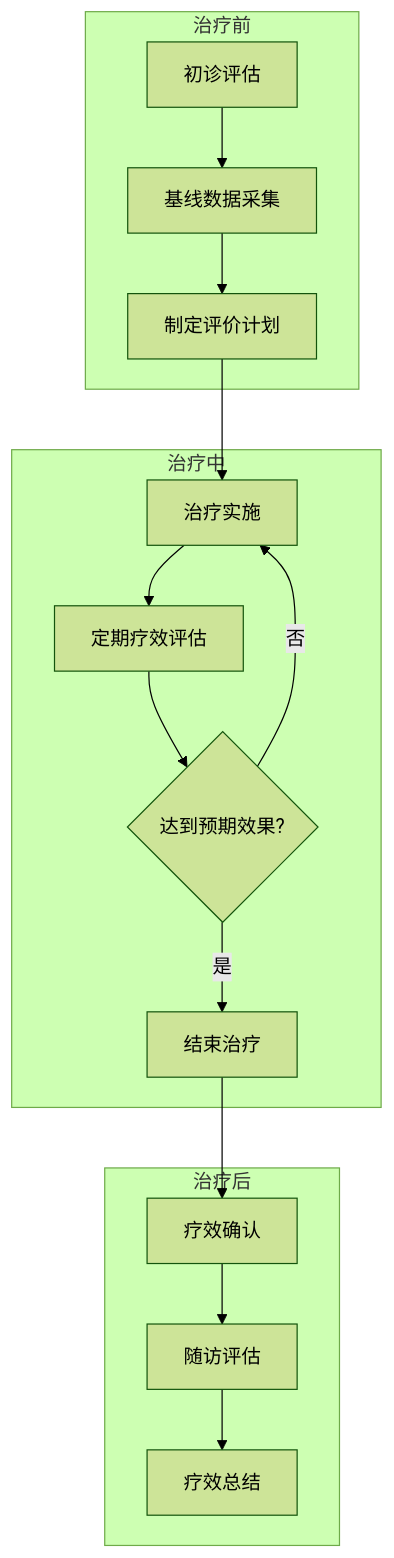
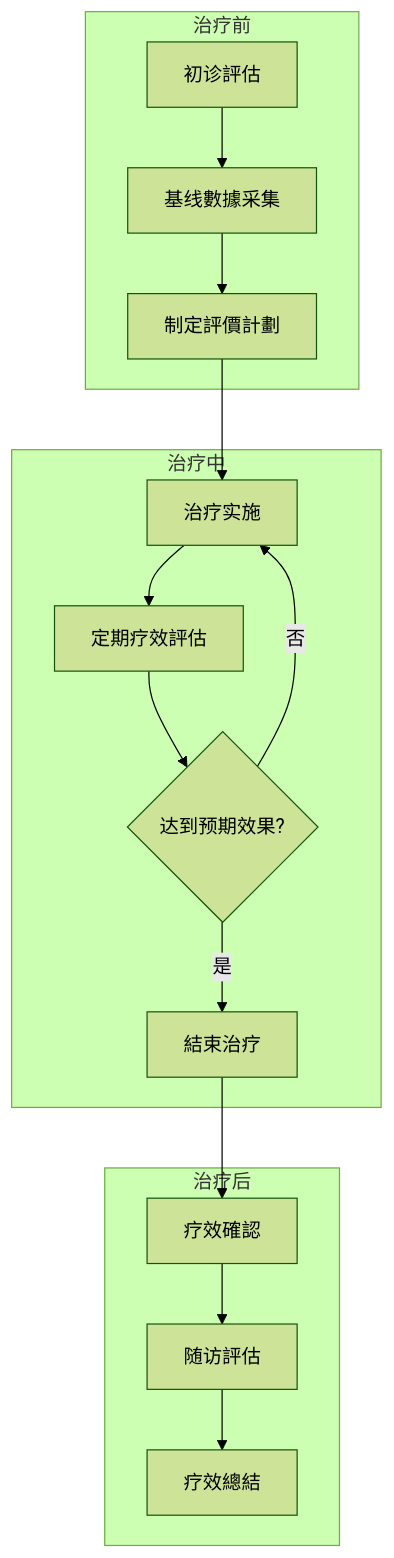
The fifth of 5 diagrams in 3 Resources/01-Tech/🏥 专业知识/耳穴知识库/04_临床应用/疗效评价标准.md (kmjade/knowledge-value), drawn with Mermaid (forest theme) before and after one commit. The commit also changed other lines of this file and 653 other files, not shown here.

````diff
--- a/3 Resources/01-Tech/🏥 专业知识/耳穴知识库/04_临床应用/疗效评价标准.md
+++ b/3 Resources/01-Tech/🏥 专业知识/耳穴知识库/04_临床应用/疗效评价标准.md
@@ -384,21 +384,21 @@
 ```mermaid
 graph TD
     subgraph 治疗前
-    A1[初诊评估] --> A2[基线数据采集]
-    A2 --> A3[制定评价计划]
+    A1[初诊評估] --> A2[基线數據采集]
+    A2 --> A3[制定評價計劃]
     end
 
     subgraph 治疗中
     A3 --> B1[治疗实施]
-    B1 --> B2[定期疗效评估]
+    B1 --> B2[定期疗效評估]
     B2 --> B3{达到预期效果?}
     B3 -->|否| B1
-    B3 -->|是| C1[结束治疗]
+    B3 -->|是| C1[結束治疗]
     end
 
     subgraph 治疗后
-    C1 --> D1[疗效确认]
-    D1 --> D2[随访评估]
-    D2 --> D3[疗效总结]
+    C1 --> D1[疗效確認]
+    D1 --> D2[随访評估]
+    D2 --> D3[疗效總結]
     end
 ```
````
